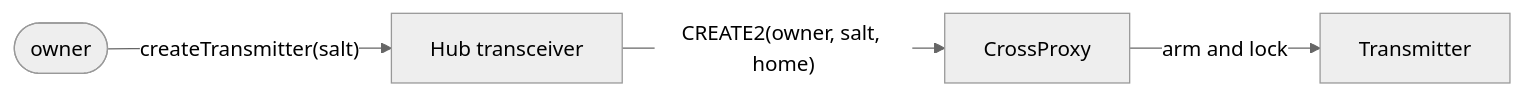
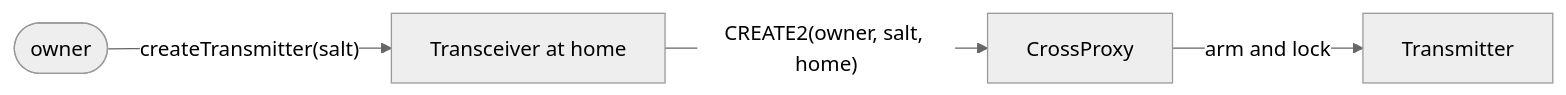
The first of 5 diagrams in README.md (crossecute/protocol), drawn with Mermaid (neutral theme) before and after one commit. The commit also changed other lines of this file, not shown here.

Commit message:
docs(readme): describe v2: any chain as home, one transceiver per chain, a fixed registry

````diff
--- a/README.md
+++ b/README.md
@@ -68,6 +81,6 @@
 ```mermaid
 flowchart LR
-    Owner([owner]) -->|"createTransmitter(salt)"| Hub[Hub transceiver]
-    Hub -->|"CREATE2(owner, salt, home)"| Proxy[CrossProxy]
+    Owner([owner]) -->|"createTransmitter(salt)"| T[Transceiver at home]
+    T -->|"CREATE2(owner, salt, home)"| Proxy[CrossProxy]
     Proxy -->|"arm and lock"| Tx[Transmitter]
 ```
````
